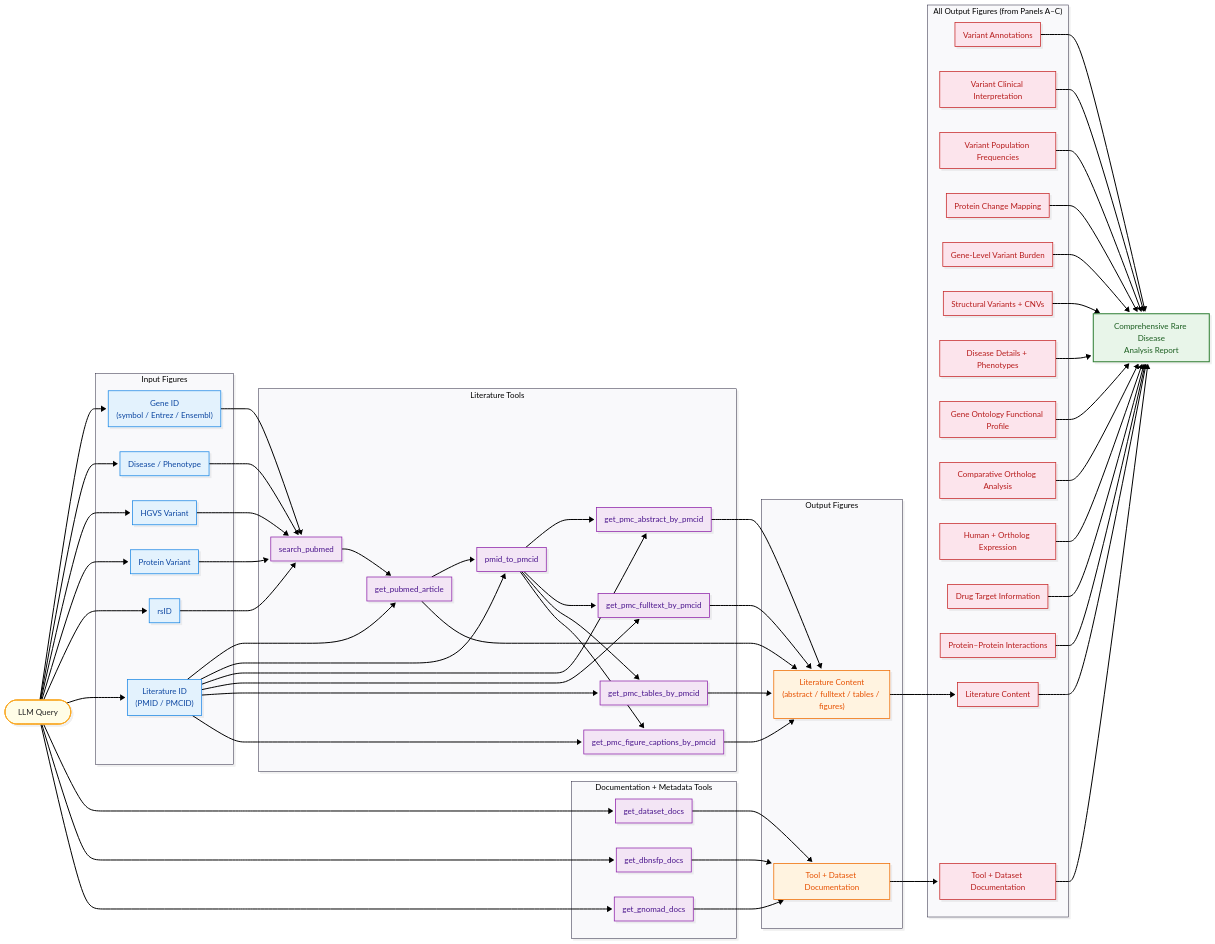
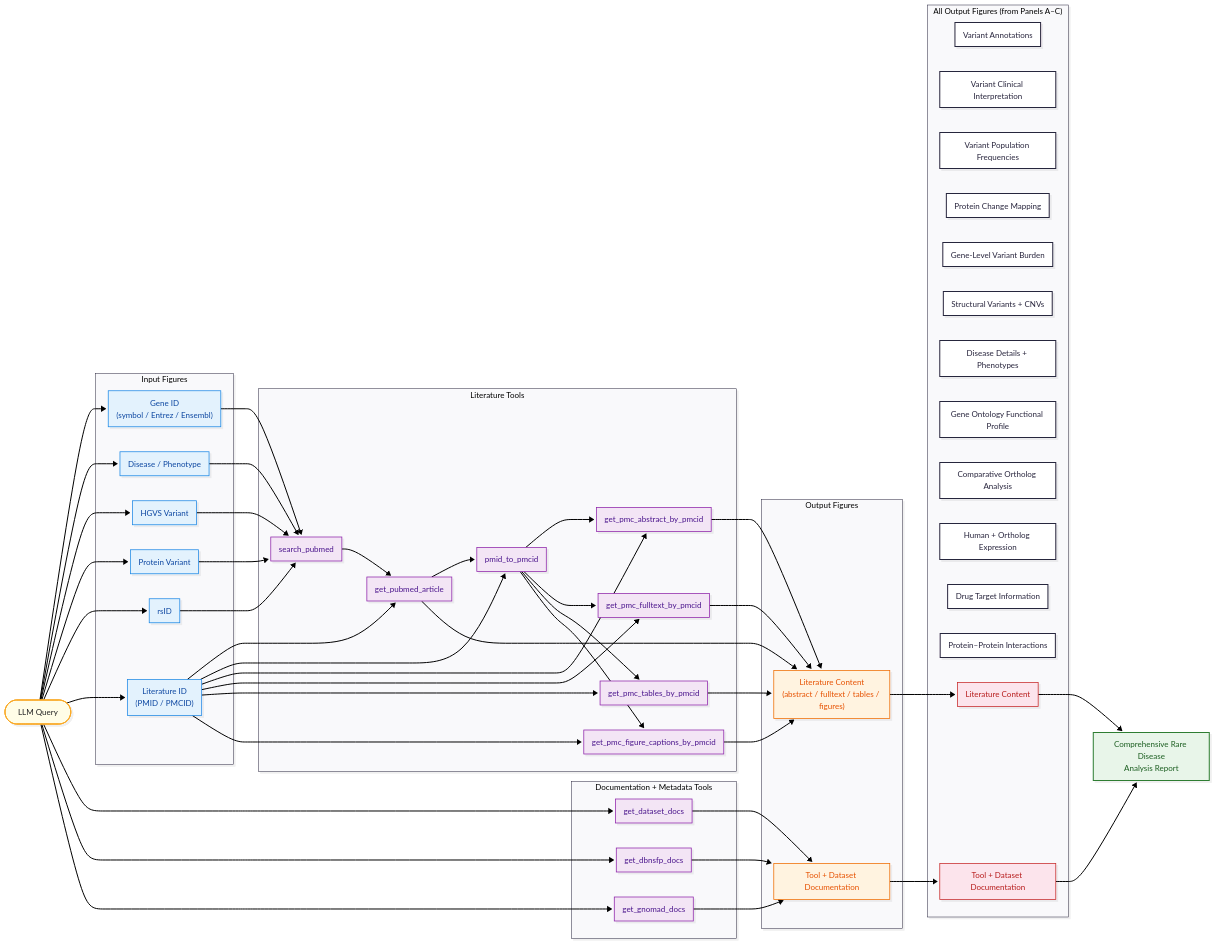
One commit to hyunhwan-bcm/MARRVEL_MCP changed the third of 3 diagrams in docs/TOOL_RELATIONSHIPS_DETAILED.md. Above: the diagram before and after it, drawn with Mermaid.

Commit message:
Simplify output nodes in TOOL_RELATIONSHIPS_DETAILED.md (#334)
Removed multiple output nodes from the diagram.

````diff
--- a/docs/TOOL_RELATIONSHIPS_DETAILED.md
+++ b/docs/TOOL_RELATIONSHIPS_DETAILED.md
@@ -313,18 +313,6 @@
     O_literature --> O_lit_ref
     O_docs --> O_docs_ref
 
-    O_variant --> R
-    O_variant_clin --> R
-    O_variant_freq --> R
-    O_protein_change --> R
-    O_gene_stats --> R
-    O_cnv --> R
-    O_disease --> R
-    O_go --> R
-    O_ortholog --> R
-    O_tissue --> R
-    O_drug --> R
-    O_ppi --> R
     O_lit_ref --> R
     O_docs_ref --> R
 
@@ -339,6 +327,6 @@
     class I_gene,I_disease,I_hgvs,I_protein,I_rsid,I_lit inputNode
     class T_pubmed_search,T_pubmed_article,T_pmid_pmcid,T_pmc_abs,T_pmc_full,T_pmc_tables,T_pmc_figs,T_dataset_docs,T_dbnsfp_docs,T_gnomad_docs toolNode
     class O_literature,O_docs outputNode
-    class O_variant,O_variant_clin,O_variant_freq,O_protein_change,O_gene_stats,O_cnv,O_disease,O_go,O_ortholog,O_tissue,O_drug,O_ppi,O_lit_ref,O_docs_ref synthNode
+    class O_lit_ref,O_docs_ref synthNode
     class R reportNode
 ```
````
